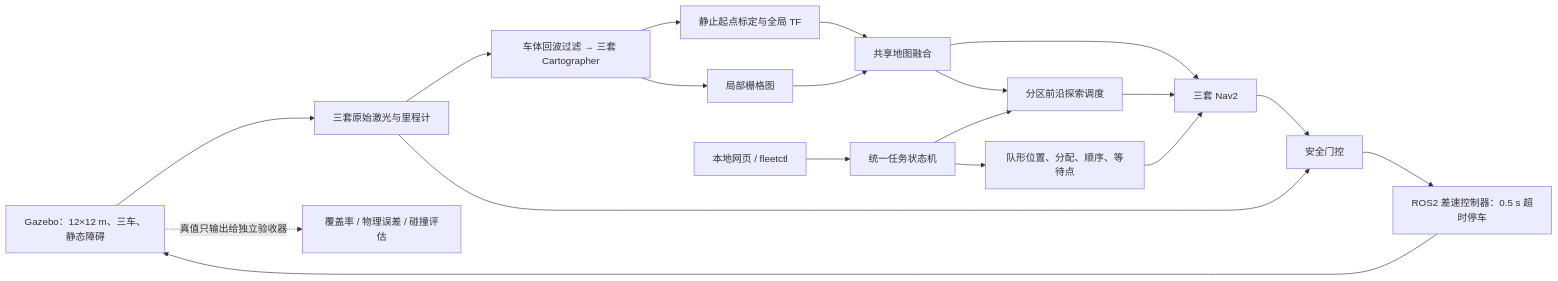
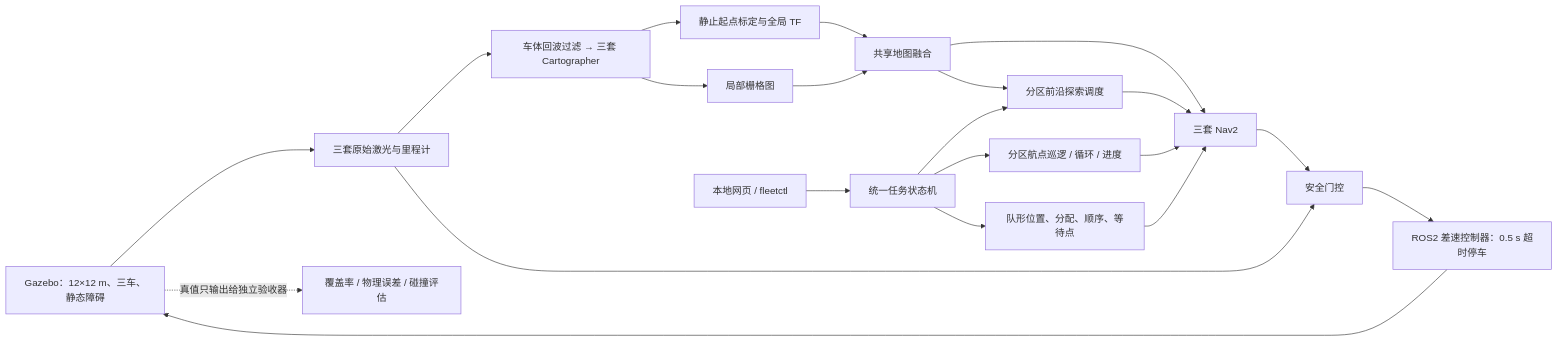
The diagram in multi_robot/docs/算法与工程结构.md (42zwb/Cross-Project-Training-2-Intelligent-Robot), drawn with Mermaid before and after one commit. The commit also changed other lines of this file and 38 other files, not shown here.

````diff
--- a/multi_robot/docs/算法与工程结构.md
+++ b/multi_robot/docs/算法与工程结构.md
@@ -5,21 +5,23 @@
 ```mermaid
 flowchart LR
   G[Gazebo：12×12 m、三车、静态障碍] --> L[三套原始激光与里程计]
   L --> S[车体回波过滤 → 三套 Cartographer]
   S --> T[静止起点标定与全局 TF]
   S --> M[局部栅格图]
   T --> F[共享地图融合]
   M --> F
   F --> E[分区前沿探索调度]
   F --> N[三套 Nav2]
   E --> N
   U[本地网页 / fleetctl] --> C[统一任务状态机]
   C --> E
+  C --> P[分区航点巡逻 / 循环 / 进度]
+  P --> N
   C --> Q[队形位置、分配、顺序、等待点]
   Q --> N
   N --> V[安全门控]
   L --> V
   V --> D[ROS2 差速控制器：0.5 s 超时停车]
   D --> G
   G -. 真值只输出给独立验收器 .-> A[覆盖率 / 物理误差 / 碰撞评估]
 ```
````
